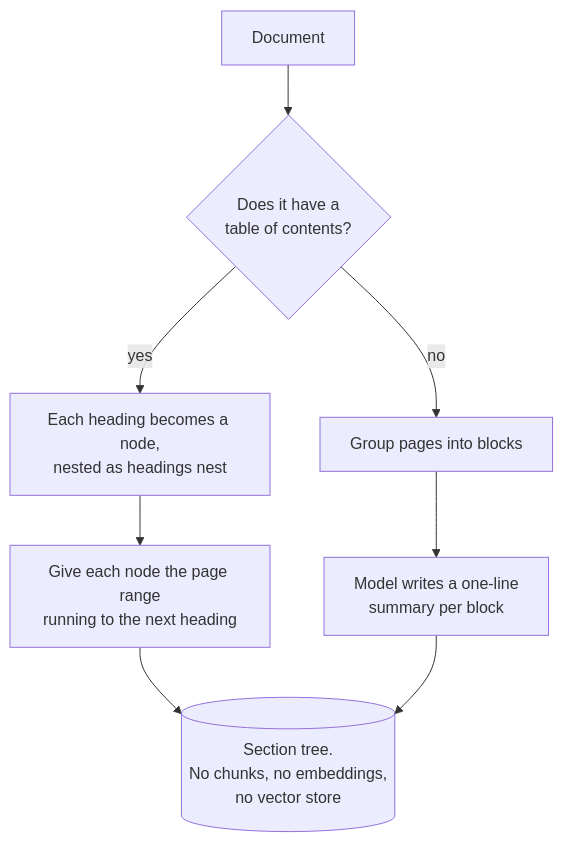
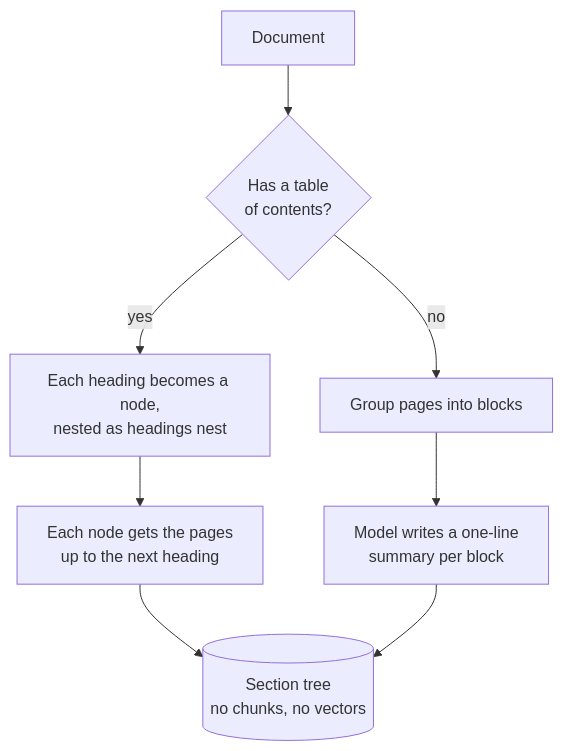
Before and after one commit to jjaaxx44/genai-personal-lab-rag: the first of 2 diagrams in app/demos/rag/vectorless/README.md, drawn with Mermaid. The commit also changed other lines of this file and 32 other files, not shown here.

````diff
--- a/app/demos/rag/vectorless/README.md
+++ b/app/demos/rag/vectorless/README.md
@@ -21,10 +9,10 @@
 ```mermaid
 flowchart TD
-  A["Document"] --> B{"Does it have a<br/>table of contents?"}
+  A["Document"] --> B{"Has a table<br/>of contents?"}
   B -->|"yes"| C["Each heading becomes a node,<br/>nested as headings nest"]
-  C --> D["Give each node the page range<br/>running to the next heading"]
+  C --> D["Each node gets the pages<br/>up to the next heading"]
   B -->|"no"| E["Group pages into blocks"]
   E --> F["Model writes a one-line<br/>summary per block"]
-  D --> G[("Section tree.<br/>No chunks, no embeddings,<br/>no vector store")]
+  D --> G[("Section tree<br/>no chunks, no vectors")]
   F --> G
 ```
````
